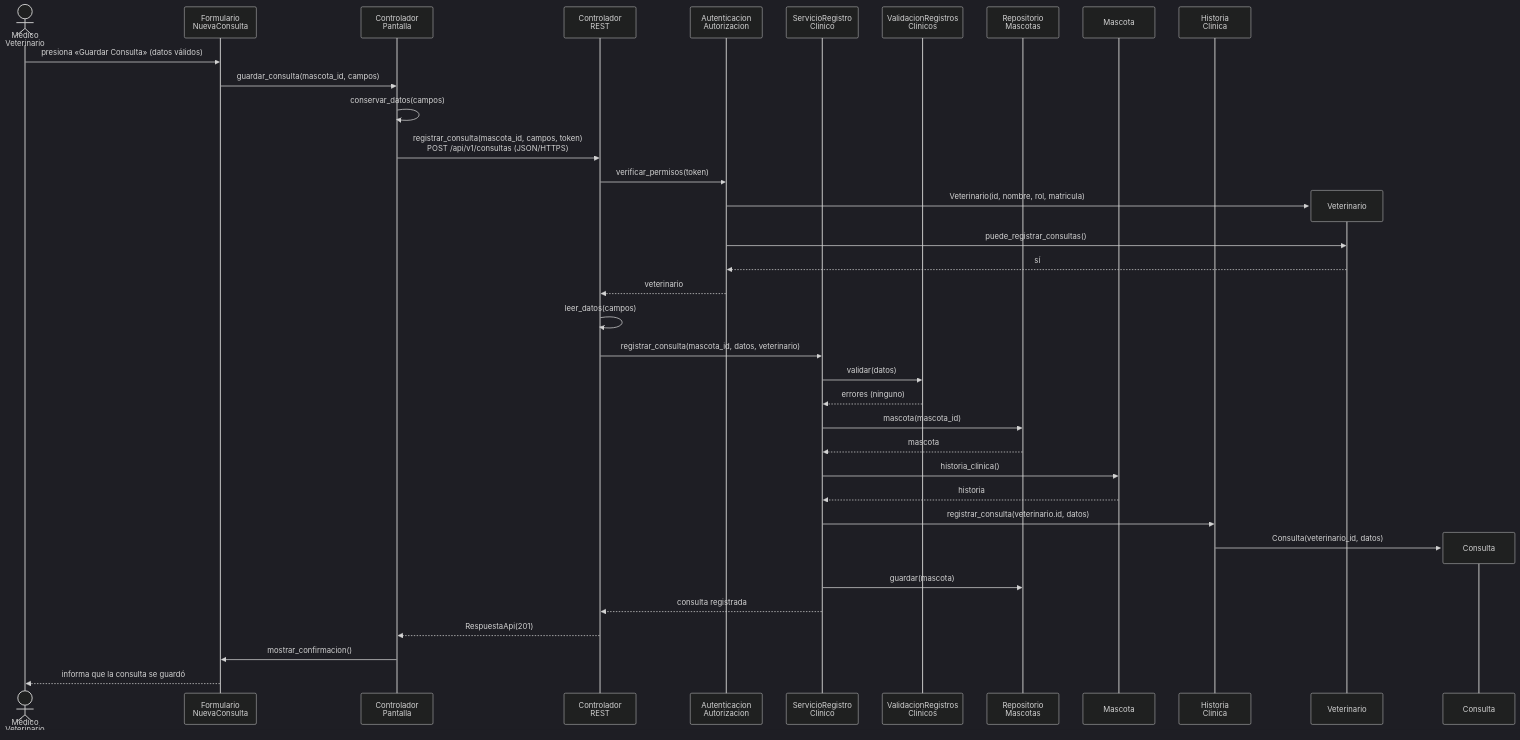
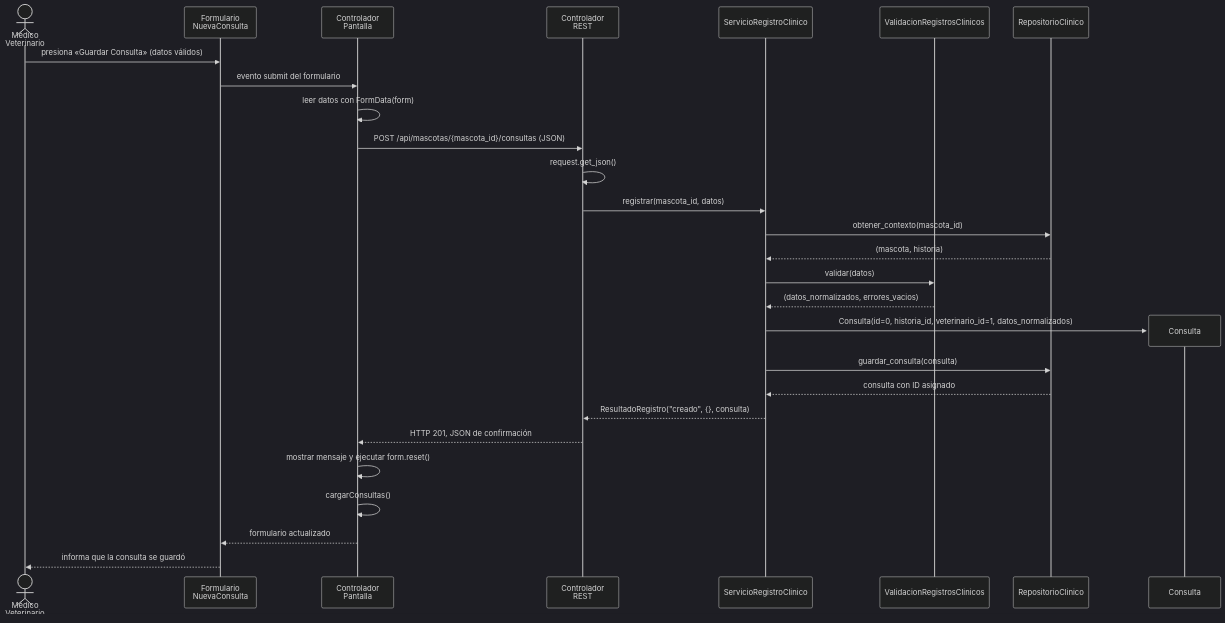
The second of 4 diagrams in docs/design/diseno-detallado.md (DinoMondino/sistema-gestion-veterinaria-2026), drawn with Mermaid (dark theme) before and after one commit.

````diff
--- a/docs/design/diseno-detallado.md
+++ b/docs/design/diseno-detallado.md
@@ -155,39 +155,31 @@
 ```mermaid
 sequenceDiagram
     actor Vet as Médico<br/>Veterinario
     participant UI as Formulario<br/>NuevaConsulta
     participant CP as Controlador<br/>Pantalla
     participant REST as Controlador<br/>REST
-    participant AUT as Autenticacion<br/>Autorizacion
-    participant SRC as ServicioRegistro<br/>Clinico
-    participant VAL as ValidacionRegistros<br/>Clinicos
-    participant RM as Repositorio<br/>Mascotas
-    participant M as Mascota
-    participant HC as Historia<br/>Clinica
+    participant SRC as ServicioRegistroClinico
+    participant VAL as ValidacionRegistrosClinicos
+    participant RC as RepositorioClinico
+
     Vet->>UI: presiona «Guardar Consulta» (datos válidos)
-    UI->>CP: guardar_consulta(mascota_id, campos)
-    CP->>CP: conservar_datos(campos)
-    CP->>REST: registrar_consulta(mascota_id, campos, token)<br/>POST /api/v1/consultas (JSON/HTTPS)
-    REST->>AUT: verificar_permisos(token)
-    create participant V as Veterinario
-    AUT->>V: Veterinario(id, nombre, rol, matricula)
-    AUT->>V: puede_registrar_consultas()
-    V-->>AUT: sí
-    AUT-->>REST: veterinario
-    REST->>REST: leer_datos(campos)
-    REST->>SRC: registrar_consulta(mascota_id, datos, veterinario)
+    UI->>CP: evento submit del formulario
+    CP->>CP: leer datos con FormData(form)
+    CP->>REST: POST /api/mascotas/{mascota_id}/consultas (JSON)
+    REST->>REST: request.get_json()
+    REST->>SRC: registrar(mascota_id, datos)
+    SRC->>RC: obtener_contexto(mascota_id)
+    RC-->>SRC: (mascota, historia)
     SRC->>VAL: validar(datos)
-    VAL-->>SRC: errores (ninguno)
-    SRC->>RM: mascota(mascota_id)
-    RM-->>SRC: mascota
-    SRC->>M: historia_clinica()
-    M-->>SRC: historia
-    SRC->>HC: registrar_consulta(veterinario.id, datos)
+    VAL-->>SRC: (datos_normalizados, errores_vacios)
     create participant C as Consulta
-    HC->>C: Consulta(veterinario_id, datos)
-    SRC->>RM: guardar(mascota)
-    SRC-->>REST: consulta registrada
-    REST-->>CP: RespuestaApi(201)
-    CP->>UI: mostrar_confirmacion()
+    SRC->>C: Consulta(id=0, historia_id, veterinario_id=1, datos_normalizados)
+    SRC->>RC: guardar_consulta(consulta)
+    RC-->>SRC: consulta con ID asignado
+    SRC-->>REST: ResultadoRegistro("creado", {}, consulta)
+    REST-->>CP: HTTP 201, JSON de confirmación
+    CP->>CP: mostrar mensaje y ejecutar form.reset()
+    CP->>CP: cargarConsultas()
+    CP-->>UI: formulario actualizado
     UI-->>Vet: informa que la consulta se guardó
 ```
````
